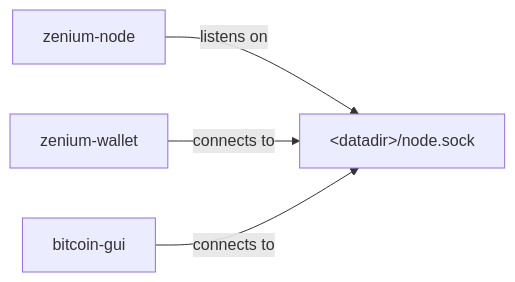
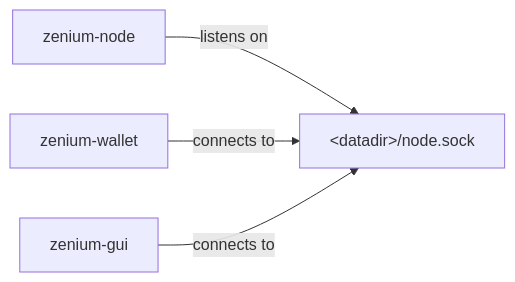
Before and after one commit to zenium-community/zenium: the first of 3 diagrams in doc/design/multiprocess.md, drawn with Mermaid. The commit also changed other lines of this file and 7 other files, not shown here.

Commit message:
Rebrand: rename 'bitcoin-gui' to 'zenium-gui'

````diff
--- a/doc/design/multiprocess.md
+++ b/doc/design/multiprocess.md
@@ -50,6 +50,6 @@
 ```mermaid
 flowchart LR
     node[zenium-node] -- listens on --> socket["&lt;datadir&gt;/node.sock"]
     wallet[zenium-wallet] -- connects to --> socket
-    gui[bitcoin-gui] -- connects to --> socket
+    gui[zenium-gui] -- connects to --> socket
 ```
````
